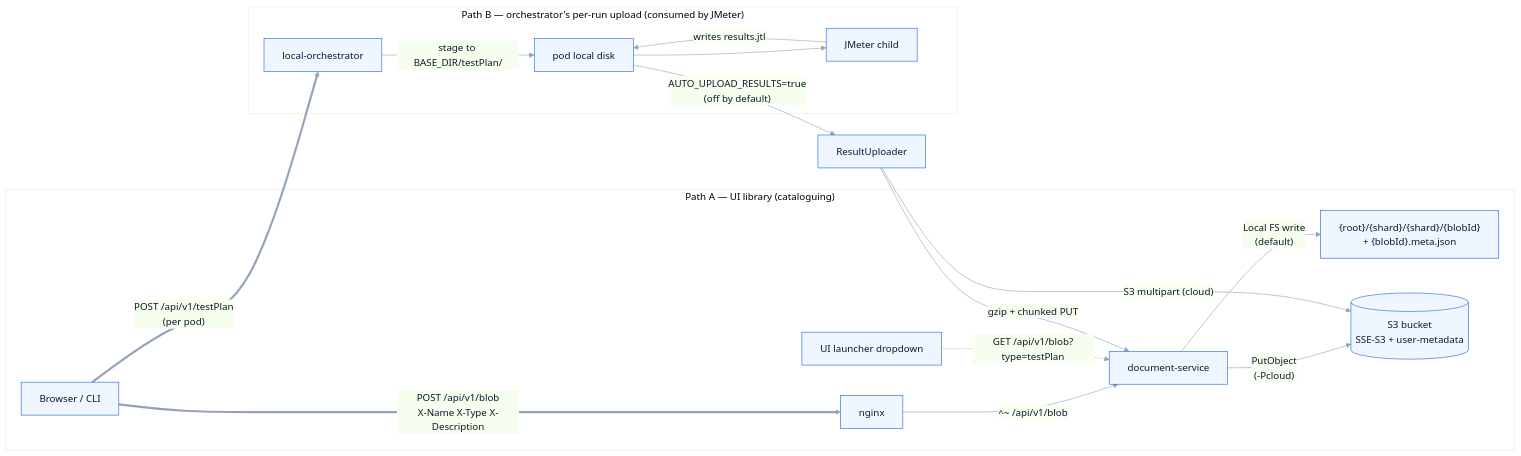
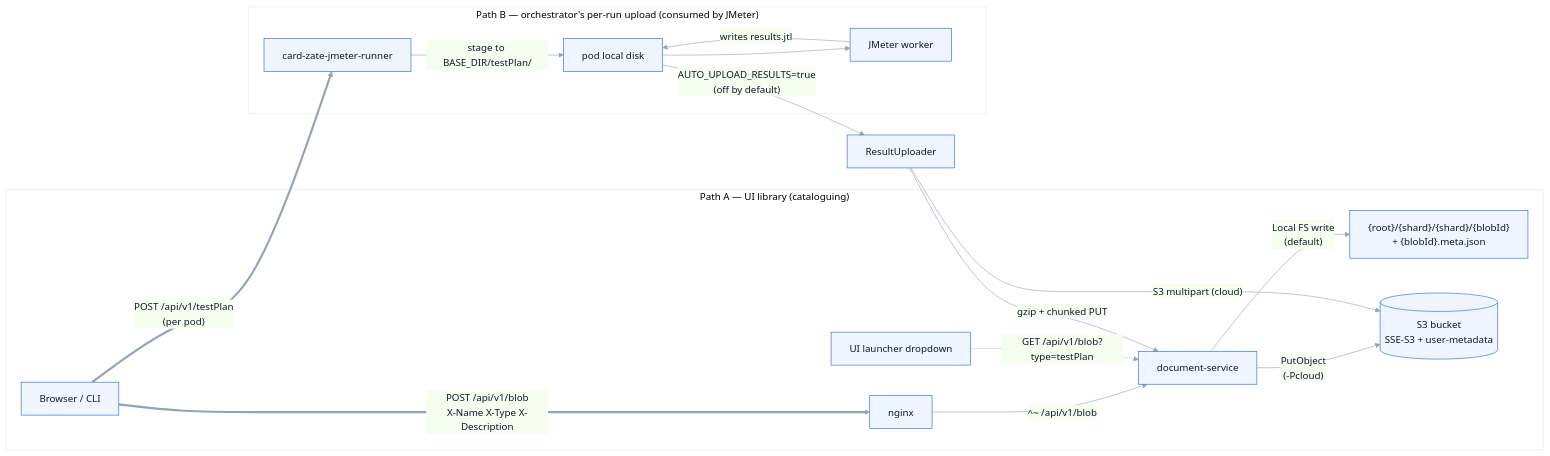
The fourth of 6 diagrams in docs/flowDiagrams.md (sharmakunal23/jmeter-cloud), drawn with Mermaid before and after one commit. The commit also changed other lines of this file and 11 other files, not shown here.

First line of the commit message:
Flow diagrams take the hosted card-zate-* names, and the canvas grows to hold them

````diff
--- a/docs/flowDiagrams.md
+++ b/docs/flowDiagrams.md
@@ -246,24 +246,24 @@
 ```mermaid
 %%{init: {'theme':'base','themeVariables':{'primaryColor':'#eff6ff','primaryBorderColor':'#2563eb','primaryTextColor':'#0f172a','lineColor':'#94a3b8','fontFamily':'Segoe UI, Helvetica, Arial, sans-serif'}}}%%
 flowchart LR
     U["Browser / CLI"]
 
     subgraph "Path A — UI library (cataloguing)"
         U == "POST /api/v1/blob<br/>X-Name X-Type X-Description" ==> NX[nginx]
         NX -- "^~ /api/v1/blob" --> DS[document-service]
         DS -- "Local FS write<br/>(default)" --> LFS["{root}/{shard}/{shard}/{blobId}<br/>+ {blobId}.meta.json"]
         DS -- "PutObject<br/>(-Pcloud)" --> S3[("S3 bucket<br/>SSE-S3 + user-metadata")]
         UI["UI launcher dropdown"] -. "GET /api/v1/blob?type=testPlan" .-> DS
     end
 
     subgraph "Path B — orchestrator's per-run upload (consumed by JMeter)"
-        U == "POST /api/v1/testPlan<br/>(per pod)" ==> LO[local-orchestrator]
+        U == "POST /api/v1/testPlan<br/>(per pod)" ==> LO[card-zate-jmeter-runner]
         LO -- "stage to BASE_DIR/testPlan/" --> POD["pod local disk"]
-        POD --> JM[JMeter child]
+        POD --> JM[JMeter worker]
         JM -- "writes results.jtl" --> POD
     end
 
     POD -- "AUTO_UPLOAD_RESULTS=true<br/>(off by default)" --> RU[ResultUploader]
     RU -- "gzip + chunked PUT" --> DS
     RU -- "S3 multipart (cloud)" --> S3
 ```
````
